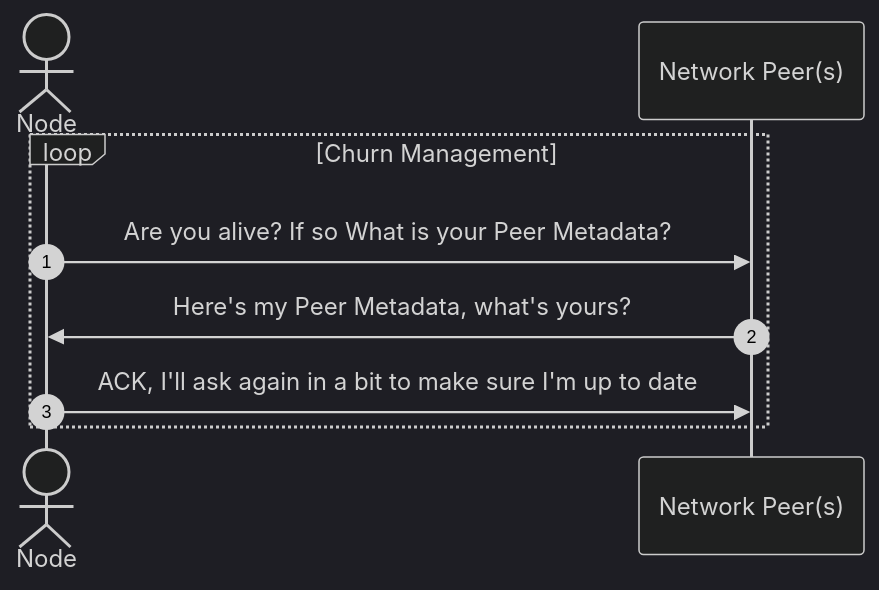
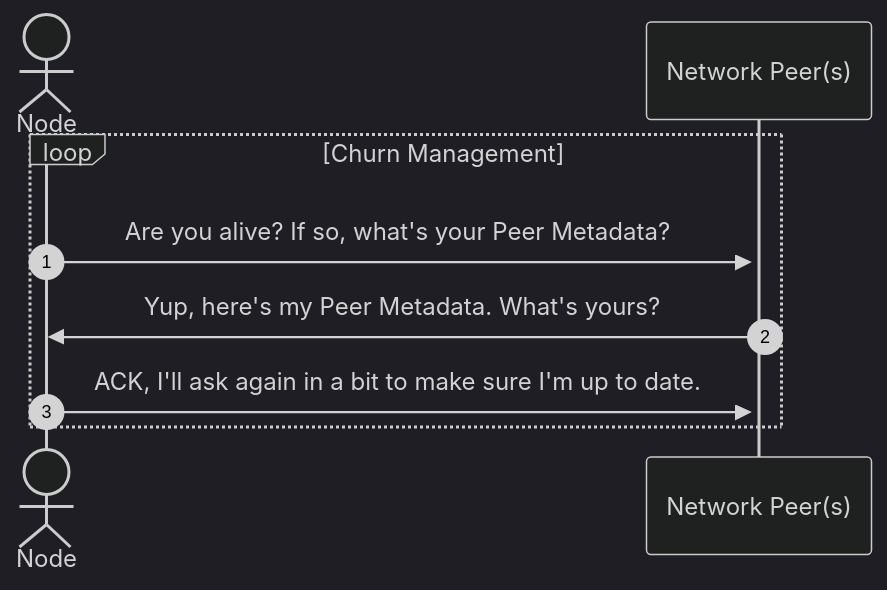
One commit to pokt-network/pocket changed the first of 4 diagrams in consensus/doc/PROTOCOL_STATE_SYNC.md. Above: the diagram before and after it, drawn with Mermaid (dark theme). The commit also changed other lines of this file and 9 other files, not shown here.

````diff
--- a/consensus/doc/PROTOCOL_STATE_SYNC.md
+++ b/consensus/doc/PROTOCOL_STATE_SYNC.md
@@ -26,11 +43,13 @@
 ```mermaid
 sequenceDiagram
-    actor  Node
-    participant  Network  Peer(s)
     autonumber
-    loop  Churn  Management
-        Node->>Network  Peer(s): Are you alive? If so What is your Peer Metadata?
-        Network  Peer(s)->>Node: Here's my Peer Metadata, what's yours?
-        Node->>Network  Peer(s): ACK, I'll ask again in a bit to make sure I'm up to date
+
+    actor N as Node
+    participant NP as Network Peer(s)
+
+    loop Churn Management
+        N->>+NP: Are you alive? If so, what's your Peer Metadata?
+        NP->>N: Yup, here's my Peer Metadata. What's yours?
+        N->>NP: ACK, I'll ask again in a bit to make sure I'm up to date.
     end
 ```
````
